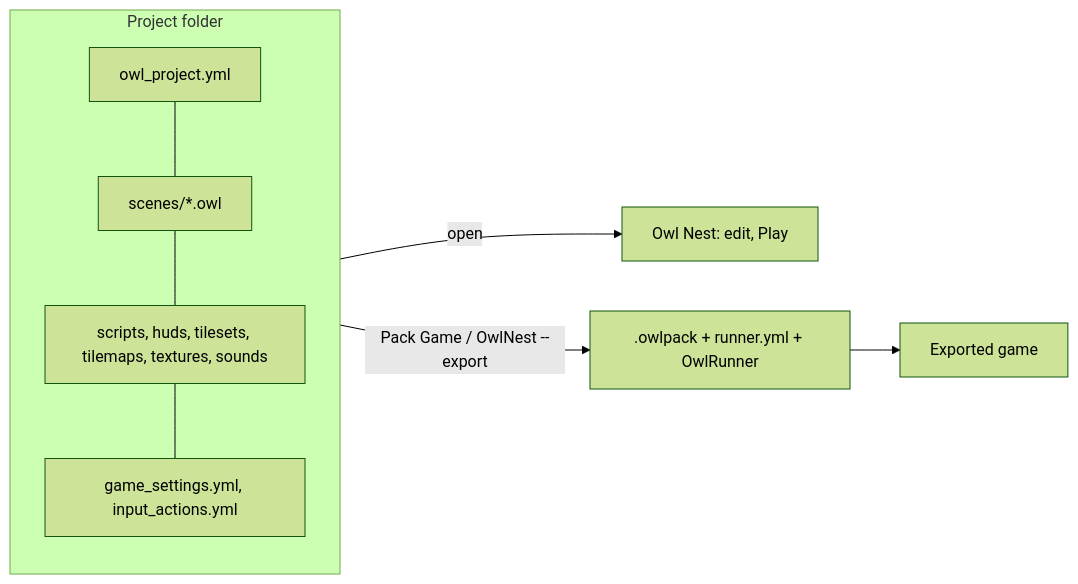
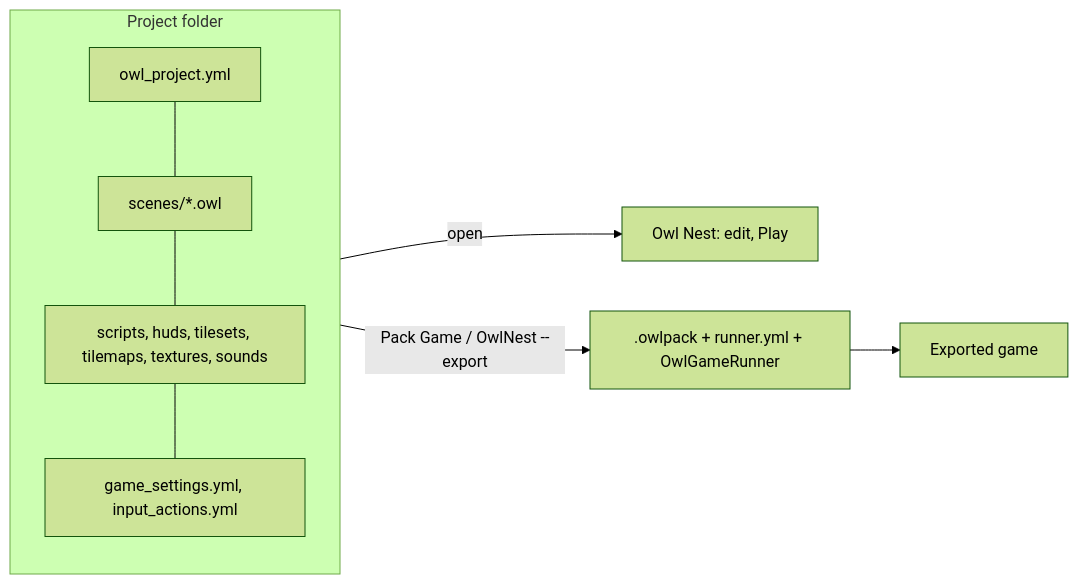
One commit to Silmaen/Owl changed the third of 6 diagrams in doc/pages/architecture.md. Above: the diagram before and after it, drawn with Mermaid (forest theme). The commit also changed other lines of this file and 41 other files, not shown here.

Commit message:
Move Slang to OwlShaderCompiler, add shader targets and a game runner without Slang

````diff
--- a/doc/pages/architecture.md
+++ b/doc/pages/architecture.md
@@ -190,11 +197,11 @@
 ```mermaid
 flowchart LR
     subgraph Project[Project folder]
         Y[owl_project.yml] --- Sc[scenes/*.owl]
         Sc --- As[scripts, huds, tilesets, tilemaps, textures, sounds]
         As --- Cfg[game_settings.yml, input_actions.yml]
     end
     Project -->|open| Nest[Owl Nest: edit, Play]
-    Project -->|Pack Game / OwlNest --export| Pack[.owlpack + runner.yml + OwlRunner]
+    Project -->|Pack Game / OwlNest --export| Pack[.owlpack + runner.yml + OwlGameRunner]
     Pack --> Game[Exported game]
 ```
````
